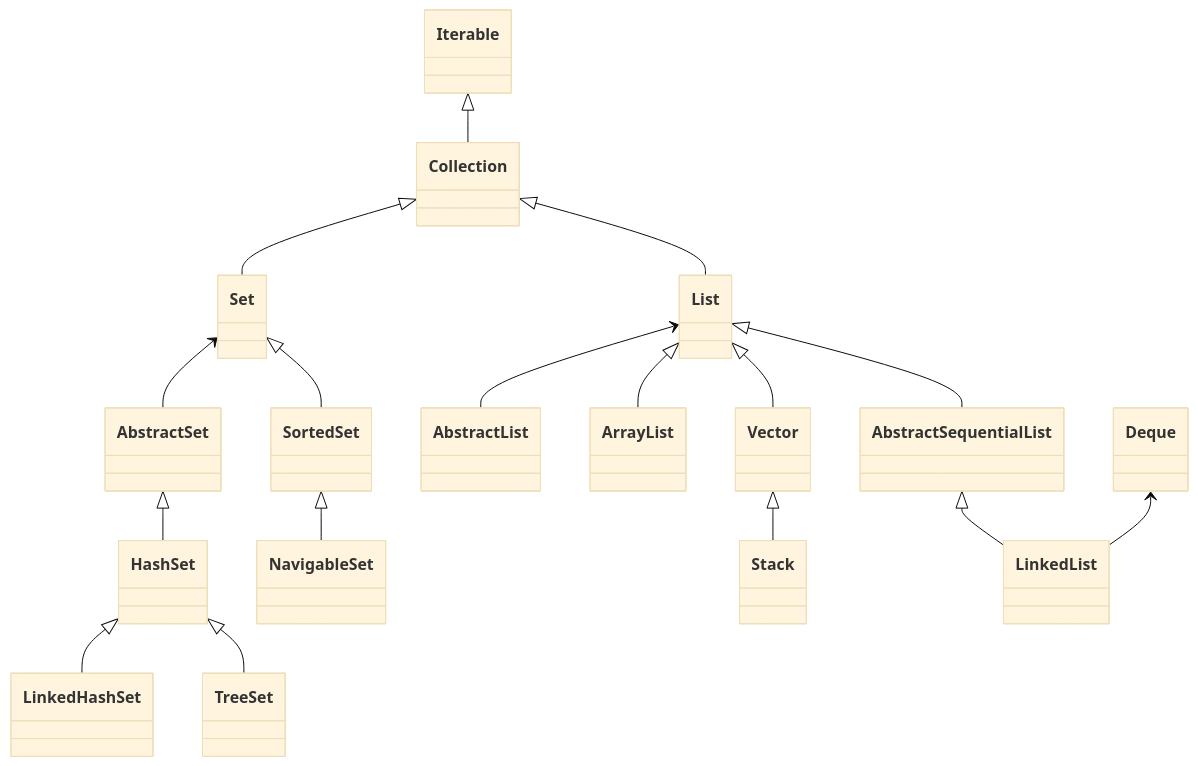
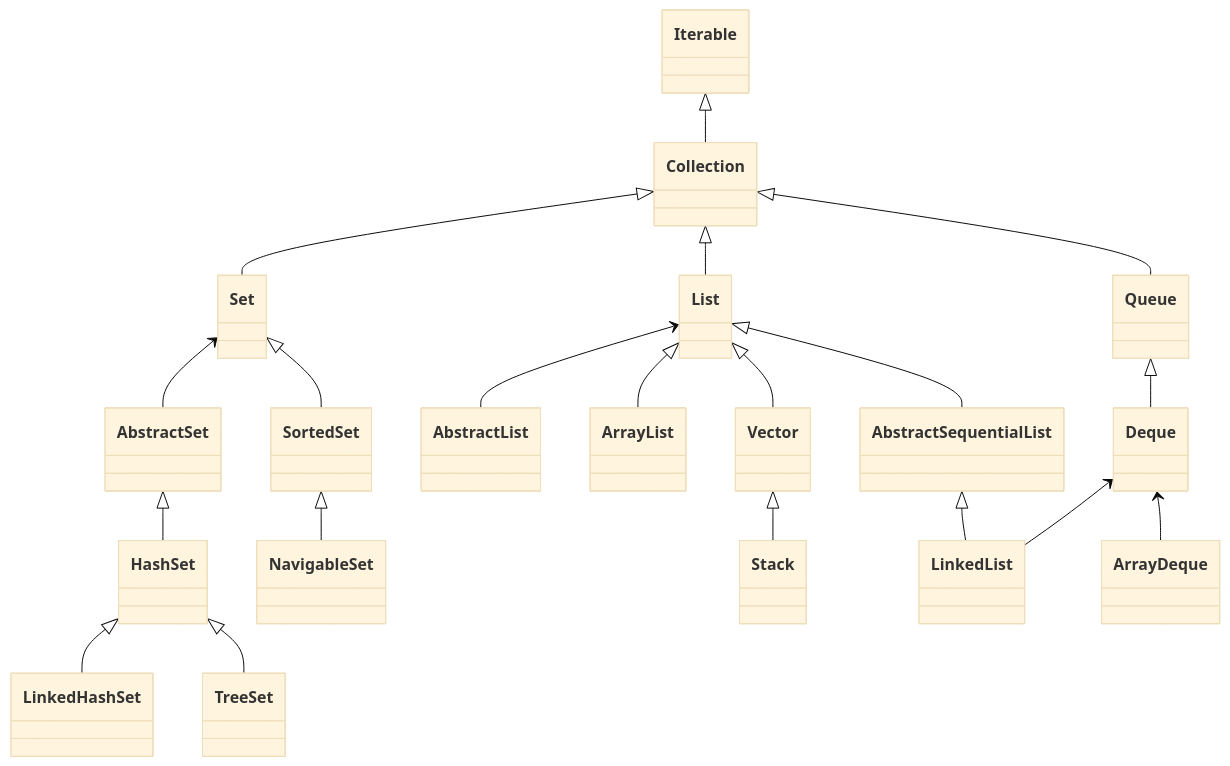
Before and after one commit to 1sonjm/1sonjm.github.io: the diagram in _posts/develop/scripting_language/java/2019-02-20-java-collection.md, drawn with Mermaid (base theme). The commit also changed other lines of this file, not shown here.

Commit message:
_posts/develop/scripting_language/java/2019-02-20-java-collection.md updated from https://stackedit.io/

````diff
--- a/_posts/develop/scripting_language/java/2019-02-20-java-collection.md
+++ b/_posts/develop/scripting_language/java/2019-02-20-java-collection.md
@@ -14,27 +14,31 @@
 ```mermaid
 classDiagram
 Iterable <|-- Collection
 Collection <|-- Set
 Set <-- AbstractSet
 AbstractSet <|-- HashSet
 HashSet <|-- LinkedHashSet
 Set <|-- SortedSet
 SortedSet <|-- NavigableSet
 HashSet <|-- TreeSet
 
 Collection <|-- List
 List <-- AbstractList
 List <|-- ArrayList
 List <|-- Vector
 Vector <|-- Stack
 List <|-- AbstractSequentialList
 AbstractSequentialList <|-- LinkedList
+Collection <|-- Queue
+Queue <|-- Deque
 Deque <-- LinkedList
+Deque <-- ArrayDeque
 
 Iterable: <interface>
 Collection: <interface>
 List: <interface>
 Set: <interface>
 SortedSet: <interface>
 NavigableSet: <interface>
+Queue: <interface>
 ```
````
